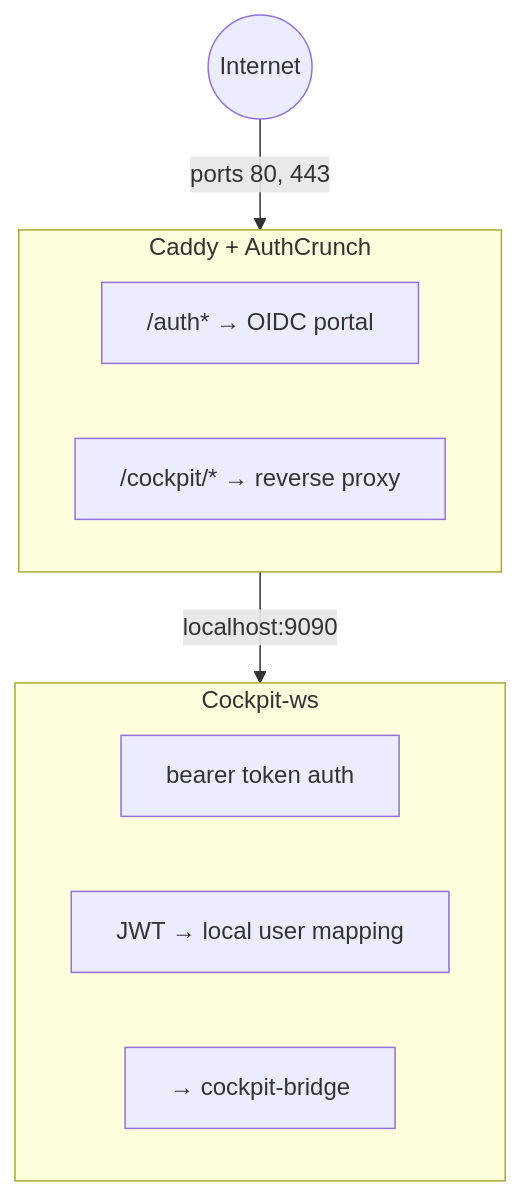
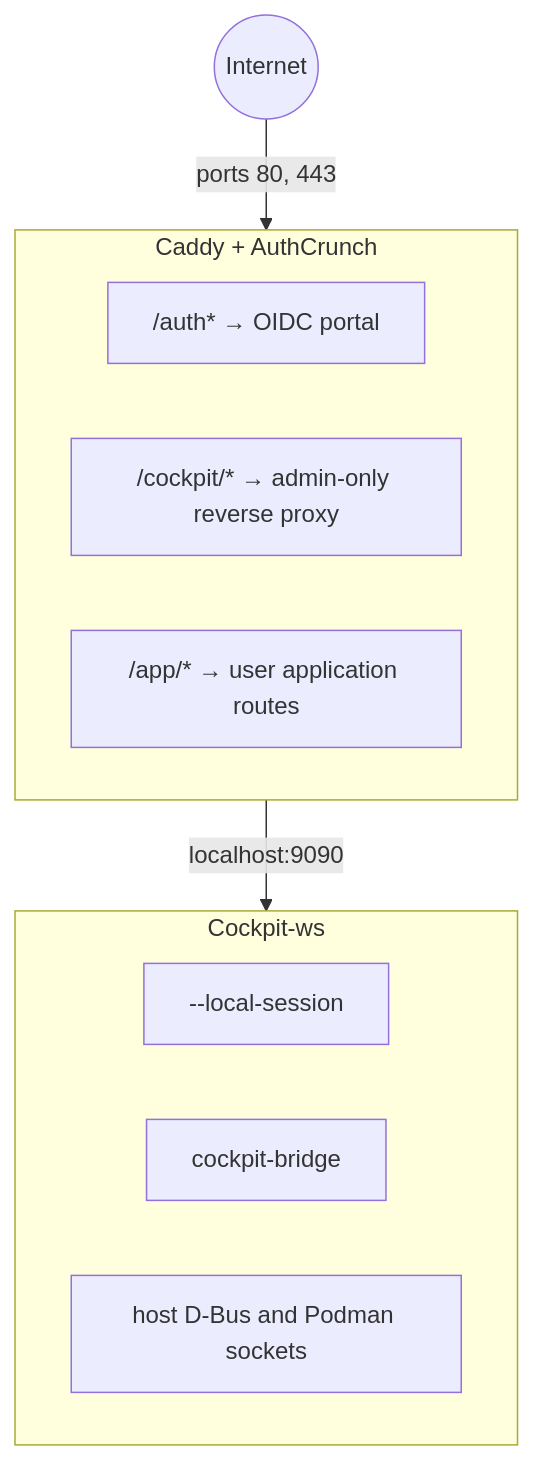
One commit to RobertDeRose/atomixos changed the diagram in docs/src/tutorials/oidc-device-management.md. Above: the diagram before and after it, drawn with Mermaid. The commit also changed other lines of this file and 10 other files, not shown here.

````diff
--- a/docs/src/tutorials/oidc-device-management.md
+++ b/docs/src/tutorials/oidc-device-management.md
@@ -51,17 +43,18 @@
 ```mermaid
 graph TD
     internet((Internet)) -- "ports 80, 443" --> caddy
 
     subgraph caddy["Caddy + AuthCrunch"]
         ca1["/auth* → OIDC portal"]
-        ca2["/cockpit/* → reverse proxy"]
+        ca2["/cockpit/* → admin-only reverse proxy"]
+        ca3["/app/* → user application routes"]
     end
 
     caddy -- "localhost:9090" --> cockpit
 
     subgraph cockpit["Cockpit-ws"]
-        co1["bearer token auth"]
-        co2["JWT → local user mapping"]
-        co3["→ cockpit-bridge"]
+        co1["--local-session"]
+        co2["cockpit-bridge"]
+        co3["host D-Bus and Podman sockets"]
     end
 ```
````
